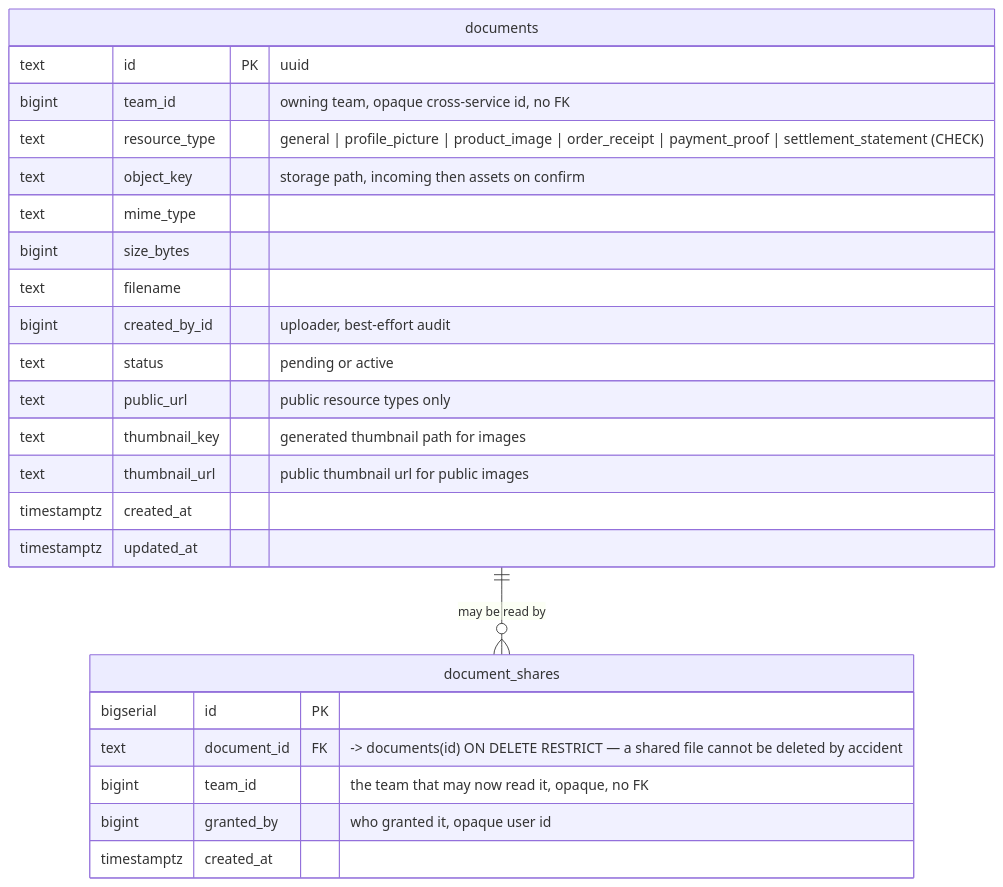
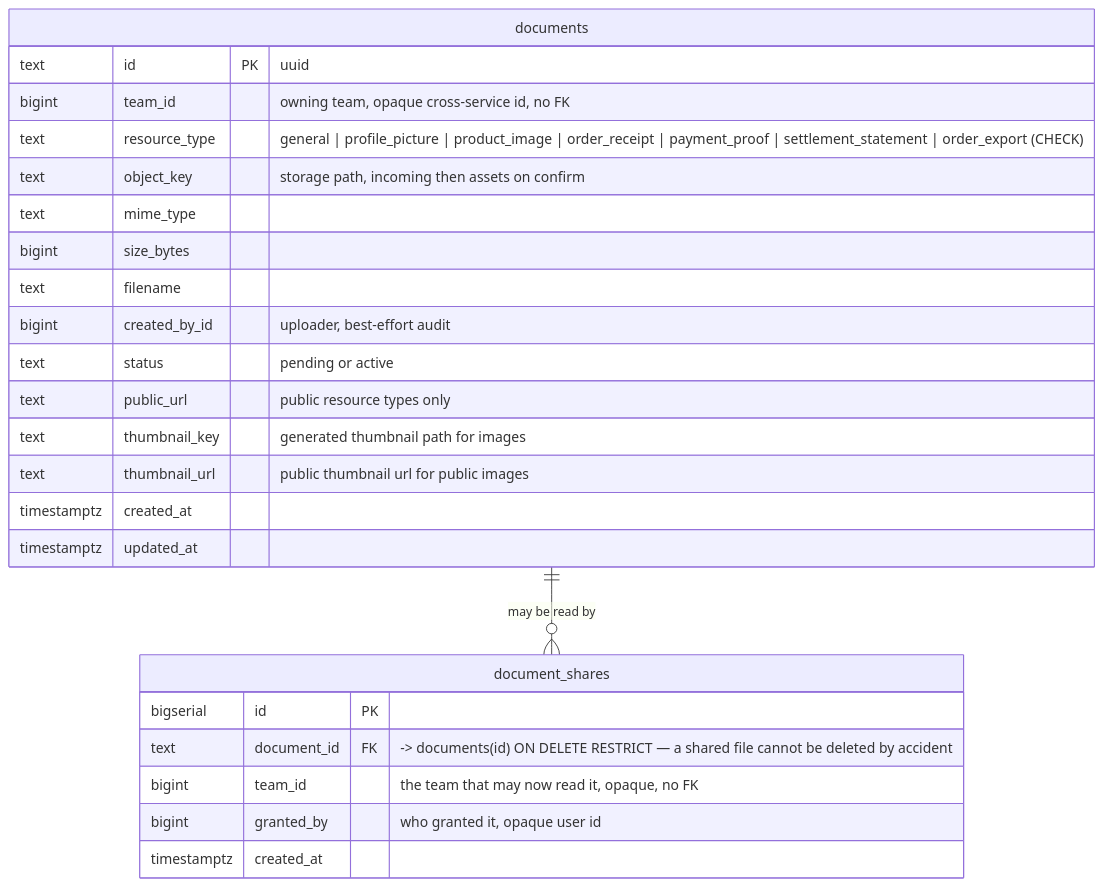
The seventh of 19 diagrams in docs/database-schema.md (pdcgo/warehouse_revamp), drawn with Mermaid before and after one commit. The commit also changed other lines of this file and 74 other files, not shown here.

First line of the commit message:
feat(order): timeline logs, list filters, the row's shop and units, export

````diff
--- a/docs/database-schema.md
+++ b/docs/database-schema.md
@@ -565,29 +561,29 @@
 ```mermaid
 erDiagram
     documents ||--o{ document_shares : "may be read by"
 
     documents {
         text        id            PK "uuid"
         bigint      team_id       "owning team, opaque cross-service id, no FK"
-        text        resource_type "general | profile_picture | product_image | order_receipt | payment_proof | settlement_statement (CHECK)"
+        text        resource_type "general | profile_picture | product_image | order_receipt | payment_proof | settlement_statement | order_export (CHECK)"
         text        object_key    "storage path, incoming then assets on confirm"
         text        mime_type
         bigint      size_bytes
         text        filename
         bigint      created_by_id "uploader, best-effort audit"
         text        status        "pending or active"
         text        public_url    "public resource types only"
         text        thumbnail_key "generated thumbnail path for images"
         text        thumbnail_url "public thumbnail url for public images"
         timestamptz created_at
         timestamptz updated_at
     }
 
     document_shares {
         bigserial   id          PK
         text        document_id FK "-> documents(id) ON DELETE RESTRICT — a shared file cannot be deleted by accident"
         bigint      team_id     "the team that may now read it, opaque, no FK"
         bigint      granted_by  "who granted it, opaque user id"
         timestamptz created_at
     }
 ```
````
